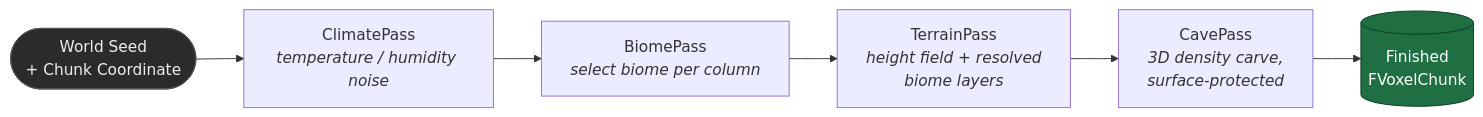
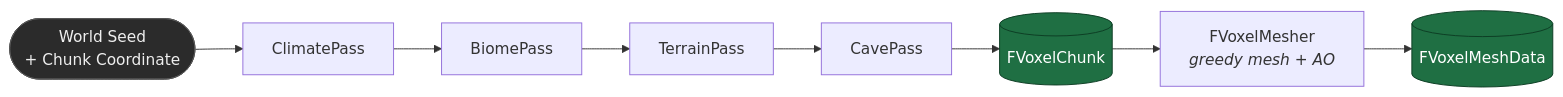
The second of 3 diagrams in README.md (Jaiminsinh-Dodiya/VoxelFramework-UE5), drawn with Mermaid before and after one commit. The commit also changed other lines of this file and 3 other files, not shown here.

````diff
--- a/README.md
+++ b/README.md
@@ -80,11 +85,14 @@
 ```mermaid
 flowchart LR
-    Seed(["World Seed<br/>+ Chunk Coordinate"]) --> Climate["ClimatePass<br/><i>temperature / humidity noise</i>"]
-    Climate --> Biome["BiomePass<br/><i>select biome per column</i>"]
-    Biome --> Terrain["TerrainPass<br/><i>height field + resolved<br/>biome layers</i>"]
-    Terrain --> Cave["CavePass<br/><i>3D density carve,<br/>surface-protected</i>"]
-    Cave --> Chunk[("Finished<br/>FVoxelChunk")]
+    Seed(["World Seed<br/>+ Chunk Coordinate"]) --> Climate["ClimatePass"]
+    Climate --> Biome["BiomePass"]
+    Biome --> Terrain["TerrainPass"]
+    Terrain --> Cave["CavePass"]
+    Cave --> Chunk[("FVoxelChunk")]
+    Chunk --> Mesher["FVoxelMesher<br/><i>greedy mesh + AO</i>"]
+    Mesher --> MeshData[("FVoxelMeshData")]
 
     style Seed fill:#2b2b2b,stroke:#555,color:#eee
     style Chunk fill:#1f6f43,stroke:#0d3d24,color:#fff
+    style MeshData fill:#1f6f43,stroke:#0d3d24,color:#fff
 ```
````
